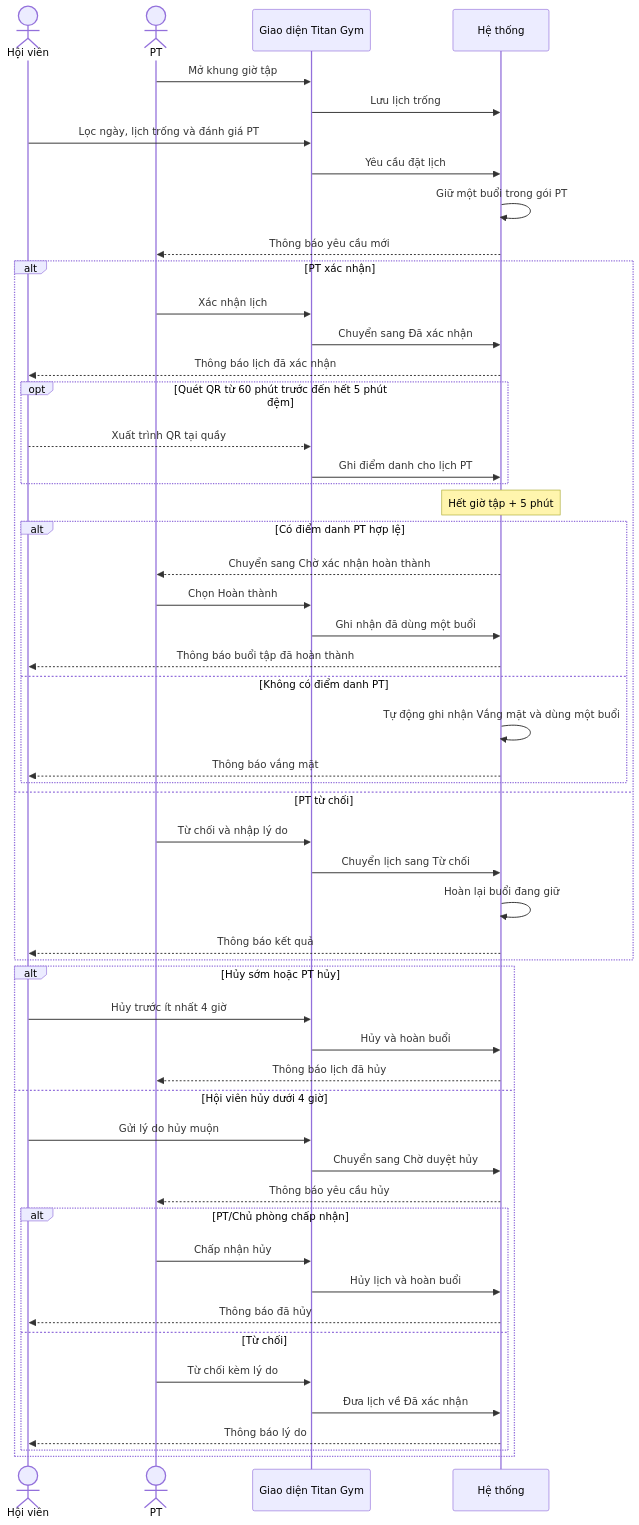
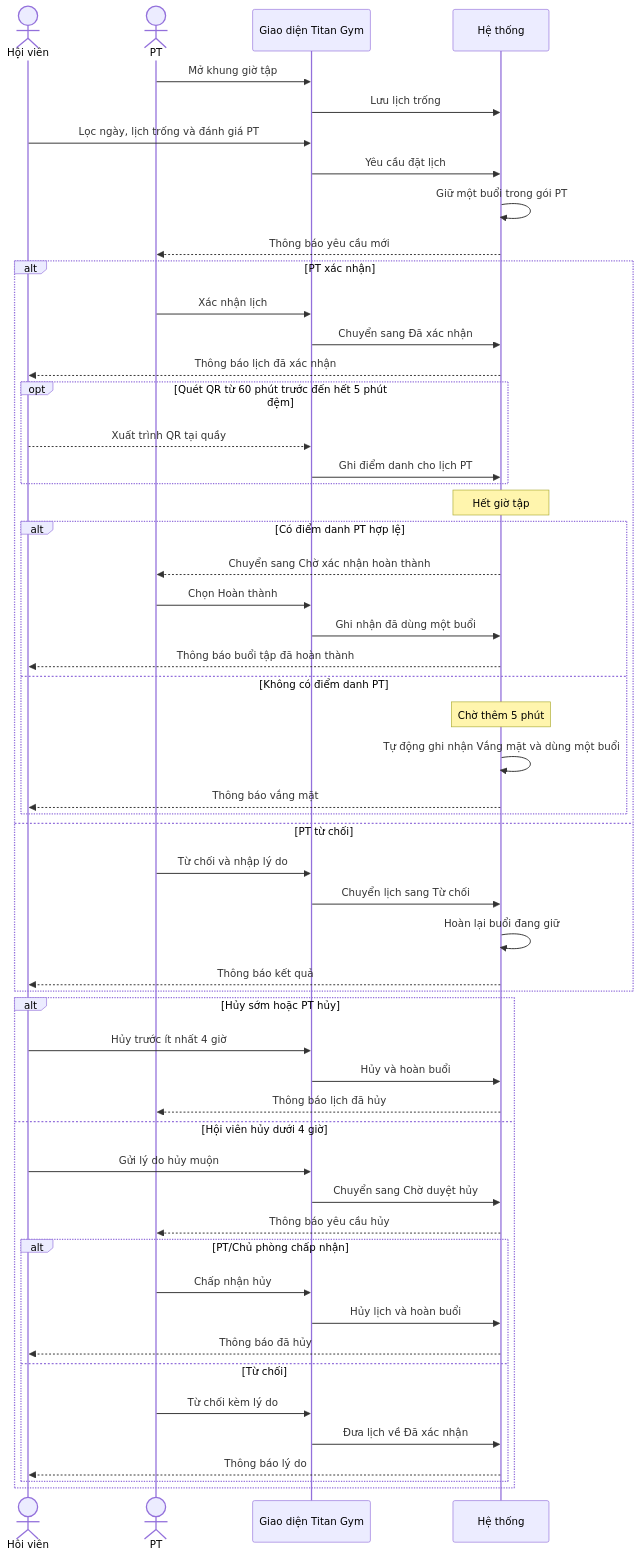
Before and after one commit to vhoanglong54/CNPM_GYM: the third of 5 diagrams in docs/06-UML-Diagrams/Sequences.md, drawn with Mermaid. The commit also changed 8 other files, not shown here.

````diff
--- a/docs/06-UML-Diagrams/Sequences.md
+++ b/docs/06-UML-Diagrams/Sequences.md
@@ -68,58 +68,59 @@
 ```mermaid
 sequenceDiagram
   actor M as Hội viên
   actor T as PT
   participant UI as Giao diện Titan Gym
   participant SYS as Hệ thống
 
   T->>UI: Mở khung giờ tập
   UI->>SYS: Lưu lịch trống
   M->>UI: Lọc ngày, lịch trống và đánh giá PT
   UI->>SYS: Yêu cầu đặt lịch
   SYS->>SYS: Giữ một buổi trong gói PT
   SYS-->>T: Thông báo yêu cầu mới
 
   alt PT xác nhận
     T->>UI: Xác nhận lịch
     UI->>SYS: Chuyển sang Đã xác nhận
     SYS-->>M: Thông báo lịch đã xác nhận
     opt Quét QR từ 60 phút trước đến hết 5 phút đệm
       M-->>UI: Xuất trình QR tại quầy
       UI->>SYS: Ghi điểm danh cho lịch PT
     end
-    Note over SYS: Hết giờ tập + 5 phút
+    Note over SYS: Hết giờ tập
     alt Có điểm danh PT hợp lệ
       SYS-->>T: Chuyển sang Chờ xác nhận hoàn thành
       T->>UI: Chọn Hoàn thành
       UI->>SYS: Ghi nhận đã dùng một buổi
       SYS-->>M: Thông báo buổi tập đã hoàn thành
     else Không có điểm danh PT
+      Note over SYS: Chờ thêm 5 phút
       SYS->>SYS: Tự động ghi nhận Vắng mặt và dùng một buổi
       SYS-->>M: Thông báo vắng mặt
     end
   else PT từ chối
     T->>UI: Từ chối và nhập lý do
     UI->>SYS: Chuyển lịch sang Từ chối
     SYS->>SYS: Hoàn lại buổi đang giữ
     SYS-->>M: Thông báo kết quả
   end
 
   alt Hủy sớm hoặc PT hủy
     M->>UI: Hủy trước ít nhất 4 giờ
     UI->>SYS: Hủy và hoàn buổi
     SYS-->>T: Thông báo lịch đã hủy
   else Hội viên hủy dưới 4 giờ
     M->>UI: Gửi lý do hủy muộn
     UI->>SYS: Chuyển sang Chờ duyệt hủy
     SYS-->>T: Thông báo yêu cầu hủy
     alt PT/Chủ phòng chấp nhận
       T->>UI: Chấp nhận hủy
       UI->>SYS: Hủy lịch và hoàn buổi
       SYS-->>M: Thông báo đã hủy
     else Từ chối
       T->>UI: Từ chối kèm lý do
       UI->>SYS: Đưa lịch về Đã xác nhận
       SYS-->>M: Thông báo lý do
     end
   end
 ```
````
